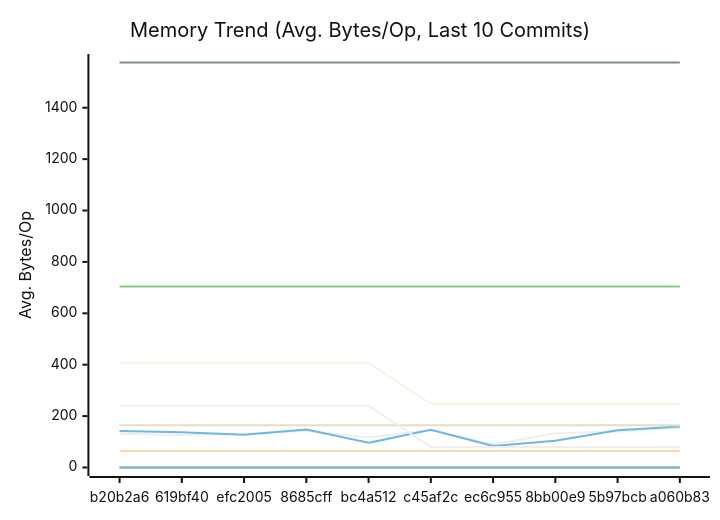
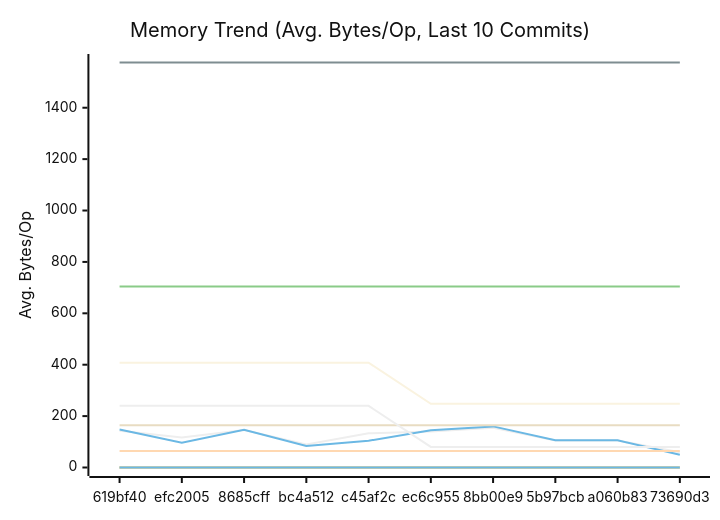
The second of 3 diagrams in docs/PERFORMANCE.md (alsotoes/momo), drawn with Mermaid (neutral theme) before and after one commit. The commit also changed other lines of this file and 4 other files, not shown here.

````diff
--- a/docs/PERFORMANCE.md
+++ b/docs/PERFORMANCE.md
@@ -171,20 +171,20 @@
 ```mermaid
 xychart-beta
     title "Memory Trend (Avg. Bytes/Op, Last 10 Commits)"
     x-axis "Commit"
     y-axis "Avg. Bytes/Op"
-    x-axis [b20b2a6,619bf40,efc2005,8685cff,bc4a512,c45af2c,ec6c955,8bb00e9,5b97bcb,a060b83]
-    line "AWSChunkedReaderSigned" [131,126,130,143,117,146,90,133,140,155]
-    line "AWSChunkedReaderUnsigned" [142,137,127,148,96,147,84,104,145,160]
+    x-axis [619bf40,efc2005,8685cff,bc4a512,c45af2c,ec6c955,8bb00e9,5b97bcb,a060b83,73690d3]
+    line "AWSChunkedReaderSigned" [143,117,146,90,133,140,155,105,105,59]
+    line "AWSChunkedReaderUnsigned" [148,96,147,84,104,145,160,106,106,50]
     line "CheckMetricsAndSwap" [0,0,0,0,0,0,0,0,0,0]
     line "CrushOptimized" [0,0,0,0,0,0,0,0,0,0]
     line "CrushOriginal" [164,164,164,164,164,164,164,164,164,164]
     line "IndexDirectTracking" [0,0,0,0,0,0,0,0,0,0]
     line "IndexSearch" [0,0,0,0,0,0,0,0,0,0]
     line "LoadGlobalConfig" [1576,1576,1576,1576,1576,1576,1576,1576,1576,1576]
     line "PadString" [64,64,64,64,64,64,64,64,64,64]
     line "ParseReplicationOrder_NoPrealloc" [408,408,408,408,408,248,248,248,248,248]
     line "ParseReplicationOrder_Prealloc" [240,240,240,240,240,80,80,80,80,80]
     line "SanitizeLog/Safe" [0,0,0,0,0,0,0,0,0,0]
     line "SanitizeLog/Unsafe" [704,704,704,704,704,704,704,704,704,704]
 ```
````
